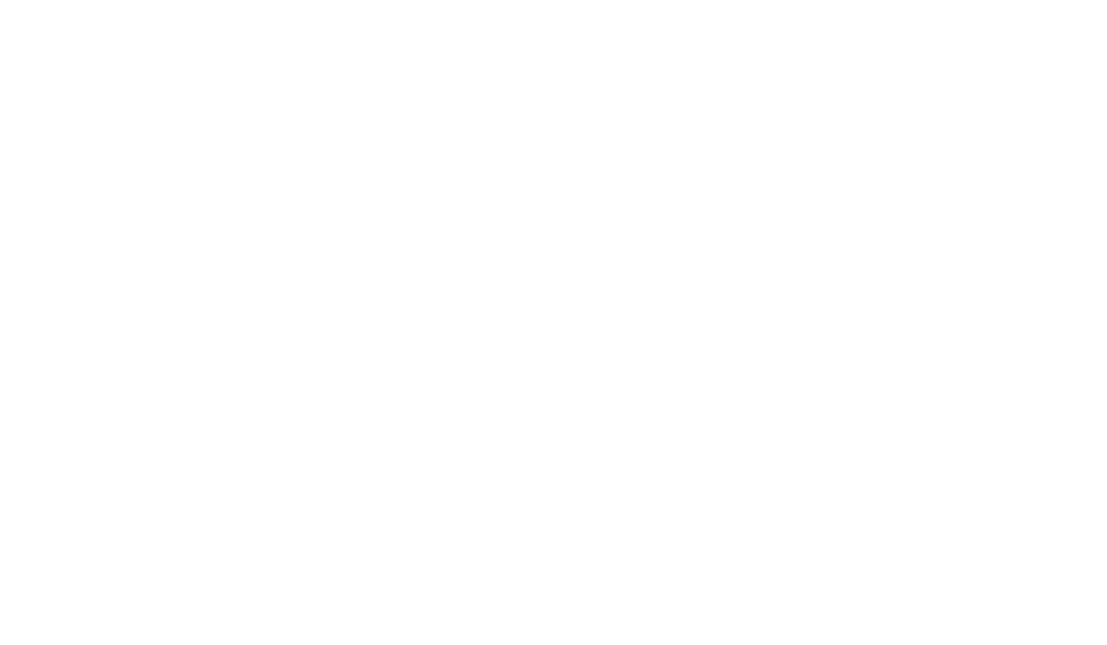
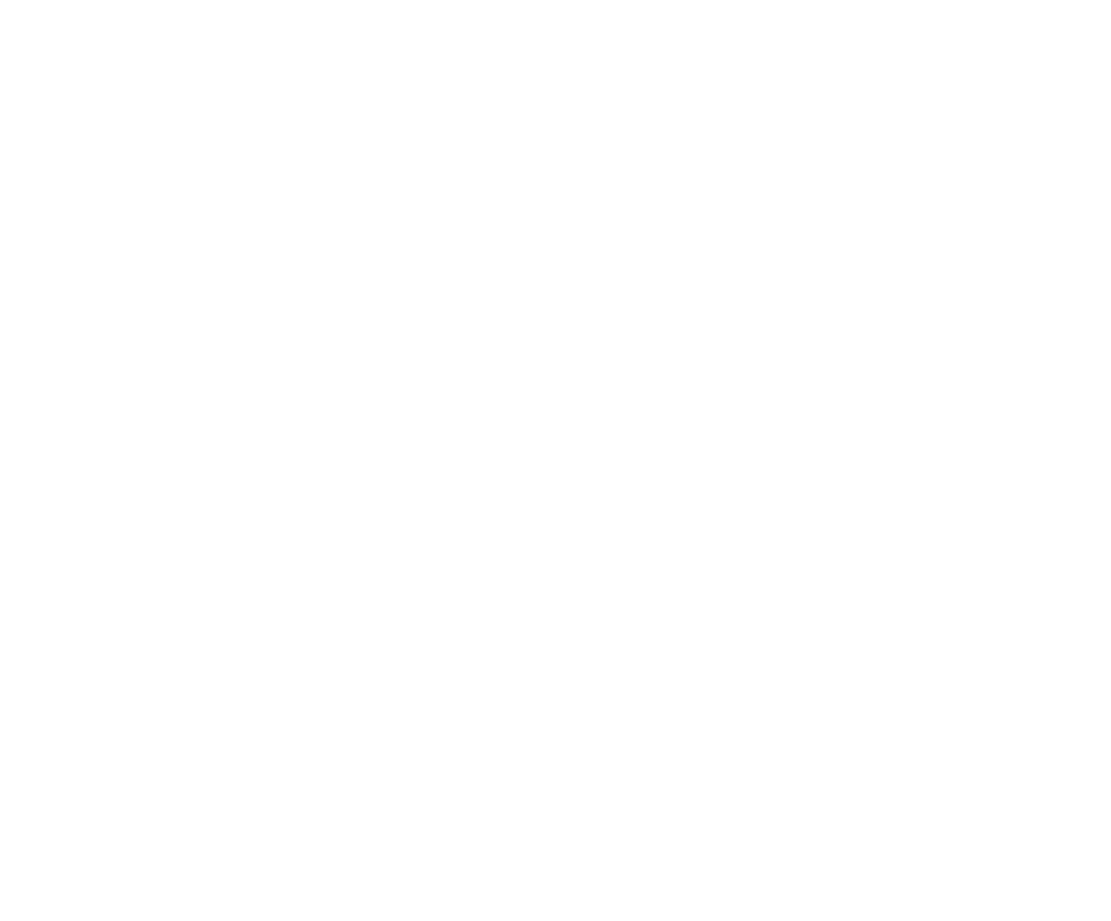
The diagram in data/graph.dot (dodokek/Derivative-Calculator), drawn with Graphviz before and after one commit. The commit also changed 6 other files, not shown here.

```diff
--- a/data/graph.dot
+++ b/data/graph.dot
@@ -1,31 +1,37 @@
 
     digraph g {
         dpi      = 200;
         fontname = "Comic Sans MS";
         fontsize = 20;
         rankdir   =  TB;
         edge [color = darkgrey, arrowhead = onormal, arrowsize = 1, penwidth = 1.2]
         graph[fillcolor = lightgreen, ranksep = 1.3, nodesep = 0.5,
         style = "rounded, filled",color = green, penwidth = 2]
 
-    Node0000018aa7e71540[shape=record, width=0.2, style="filled", color="red", fillcolor="lightblue",label=" {Type: operation | value: +}"] 
+    Node00000210b9121550[shape=record, width=0.2, style="filled", color="red", fillcolor="lightblue",label=" {Type: operation | value: +}"] 
  
-Node0000018aa7e715e0[shape=record, width=0.2, style="filled", color="red", fillcolor="lightblue",label=" {Type: operation | value: ^}"] 
+Node00000210b91215f0[shape=record, width=0.2, style="filled", color="red", fillcolor="lightblue",label=" {Type: operation | value: +}"] 
  
-Node0000018aa7e71680[shape=record, width=0.2, style="filled", color="red", fillcolor="lightblue",label=" {Type: number | value: 1}"] 
+Node00000210b9121690[shape=record, width=0.2, style="filled", color="red", fillcolor="lightblue",label=" {Type: operation | value: *}"] 
  
-Node0000018aa7e71800[shape=record, width=0.2, style="filled", color="red", fillcolor="lightblue",label=" {Type: number | value: 2}"] 
+Node00000210b9121730[shape=record, width=0.2, style="filled", color="red", fillcolor="lightblue",label=" {Type: variable | value: X}"] 
  
-Node0000018aa7e71980[shape=record, width=0.2, style="filled", color="red", fillcolor="lightblue",label=" {Type: operation | value: ^}"] 
+Node00000210b91218b0[shape=record, width=0.2, style="filled", color="red", fillcolor="lightblue",label=" {Type: number | value: 2}"] 
  
-Node0000018aa7e71a20[shape=record, width=0.2, style="filled", color="red", fillcolor="lightblue",label=" {Type: variable | value: X}"] 
+Node00000210b9121a30[shape=record, width=0.2, style="filled", color="red", fillcolor="lightblue",label=" {Type: operation | value: +}"] 
  
-Node0000018aa7e71ba0[shape=record, width=0.2, style="filled", color="red", fillcolor="lightblue",label=" {Type: number | value: 4}"] 
+Node00000210b9121ad0[shape=record, width=0.2, style="filled", color="red", fillcolor="lightblue",label=" {Type: variable | value: X}"] 
  
-Node0000018aa7e71540->Node0000018aa7e715e0
-Node0000018aa7e715e0->Node0000018aa7e71680
-Node0000018aa7e715e0->Node0000018aa7e71800
-Node0000018aa7e71540->Node0000018aa7e71980
-Node0000018aa7e71980->Node0000018aa7e71a20
-Node0000018aa7e71980->Node0000018aa7e71ba0
+Node00000210b9121c50[shape=record, width=0.2, style="filled", color="red", fillcolor="lightblue",label=" {Type: number | value: 2}"] 
+ 
+Node00000210b91271c0[shape=record, width=0.2, style="filled", color="red", fillcolor="lightblue",label=" {Type: number | value: 5}"] 
+ 
+Node00000210b9121550->Node00000210b91215f0
+Node00000210b91215f0->Node00000210b9121690
+Node00000210b9121690->Node00000210b9121730
+Node00000210b9121690->Node00000210b91218b0
+Node00000210b91215f0->Node00000210b9121a30
+Node00000210b9121a30->Node00000210b9121ad0
+Node00000210b9121a30->Node00000210b9121c50
+Node00000210b9121550->Node00000210b91271c0
 }
```
